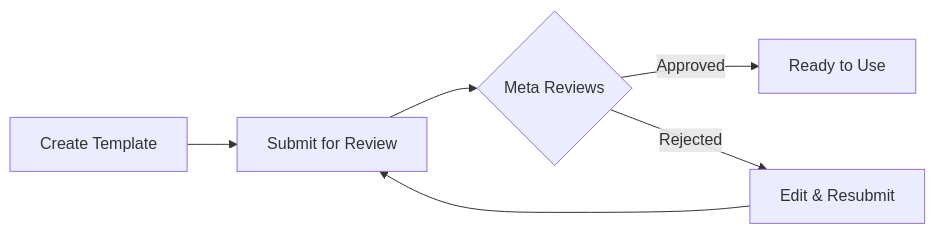
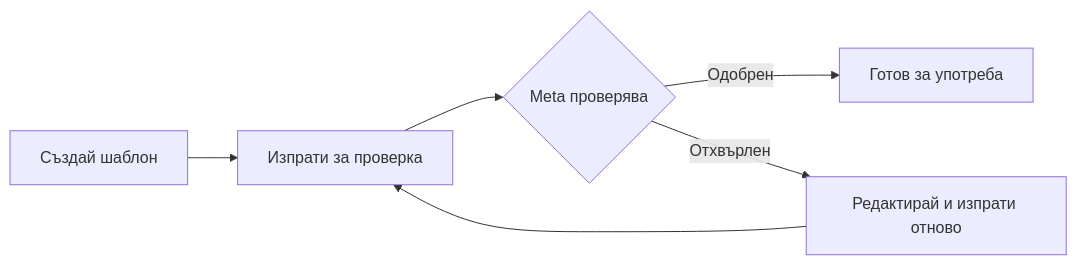
The diagram in bg/whatsapp/templates.mdx (AiploCalls/aiplocalls-docs), drawn with Mermaid before and after one commit. The commit also changed other lines of this file and 174 other files, not shown here.

````diff
--- a/bg/whatsapp/templates.mdx
+++ b/bg/whatsapp/templates.mdx
@@ -156,8 +156,8 @@
 ```mermaid
 flowchart LR
-    A[Create Template] --> B[Submit for Review]
-    B --> C{Meta Reviews}
-    C -->|Approved| D[Ready to Use]
-    C -->|Rejected| E[Edit & Resubmit]
+    A[Създай шаблон] --> B[Изпрати за проверка]
+    B --> C{Meta проверява}
+    C -->|Одобрен| D[Готов за употреба]
+    C -->|Отхвърлен| E[Редактирай и изпрати отново]
     E --> B
 ```
````
